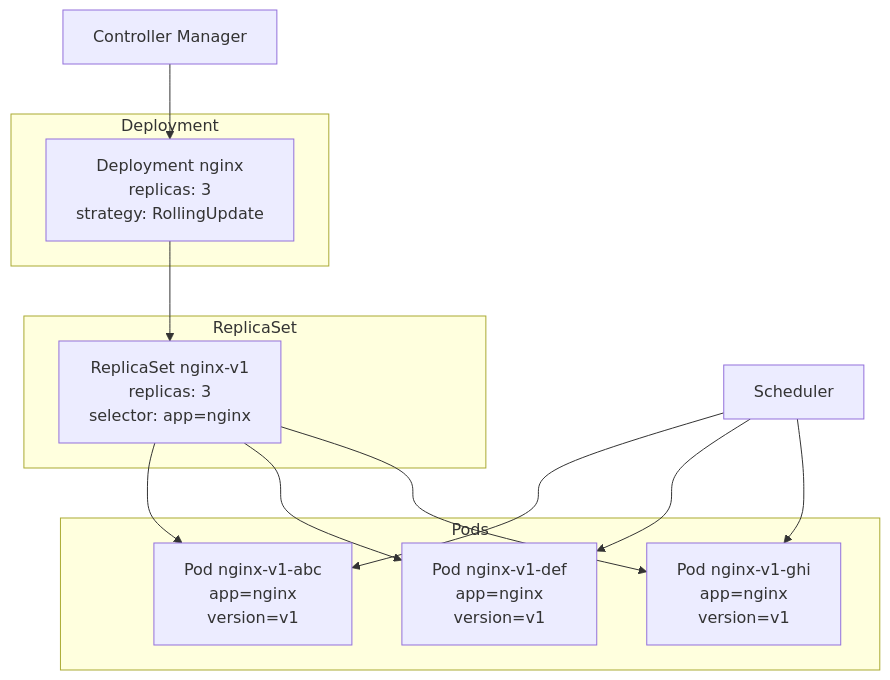
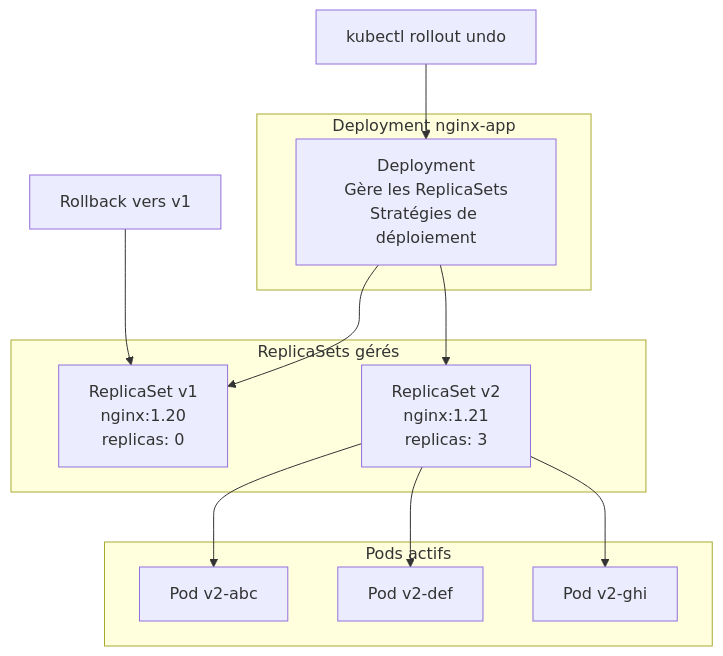
Before and after one commit to hassanaym83/Formation_Devops: diagram 12 of 17 in Sprint3-Orchestration-Kubernetes/Semaine-1-Kubernetes-Basics/cours/S3_S1_cours_kubernetes_basics.md, drawn with Mermaid. The commit also changed other lines of this file, not shown here.

````diff
--- a/Sprint3-Orchestration-Kubernetes/Semaine-1-Kubernetes-Basics/cours/S3_S1_cours_kubernetes_basics.md
+++ b/Sprint3-Orchestration-Kubernetes/Semaine-1-Kubernetes-Basics/cours/S3_S1_cours_kubernetes_basics.md
@@ -1688,26 +1994,26 @@
 ```mermaid
 graph TB
-    subgraph "Deployment"
-        A[Deployment nginx<br/>replicas: 3<br/>strategy: RollingUpdate]
+    subgraph "Deployment nginx-app"
+        A[Deployment<br/>Gère les ReplicaSets<br/>Stratégies de déploiement]
     end
 
-    subgraph "ReplicaSet"
-        B[ReplicaSet nginx-v1<br/>replicas: 3<br/>selector: app=nginx]
+    subgraph "ReplicaSets gérés"
+        B[ReplicaSet v1<br/>nginx:1.20<br/>replicas: 0]
+        C[ReplicaSet v2<br/>nginx:1.21<br/>replicas: 3]
     end
 
-    subgraph "Pods"
-        C[Pod nginx-v1-abc<br/>app=nginx<br/>version=v1]
-        D[Pod nginx-v1-def<br/>app=nginx<br/>version=v1]
-        E[Pod nginx-v1-ghi<br/>app=nginx<br/>version=v1]
+    subgraph "Pods actifs"
+        D[Pod v2-abc]
+        E[Pod v2-def]
+        F[Pod v2-ghi]
     end
 
     A --> B
-    B --> C
-    B --> D
-    B --> E
+    A --> C
+    C --> D
+    C --> E
+    C --> F
 
-    F[Controller Manager] --> A
-    G[Scheduler] --> C
-    G --> D
-    G --> E
+    G[kubectl rollout undo] --> A
+    H[Rollback vers v1] --> B
 ```
````
